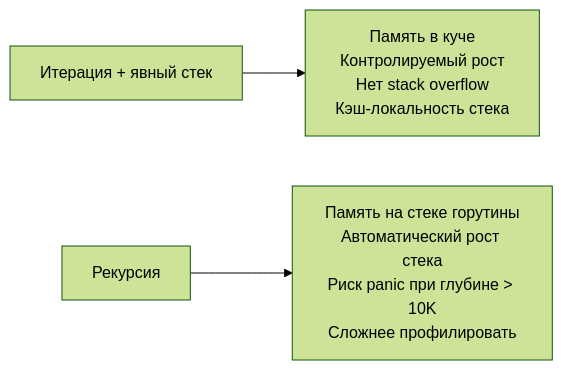
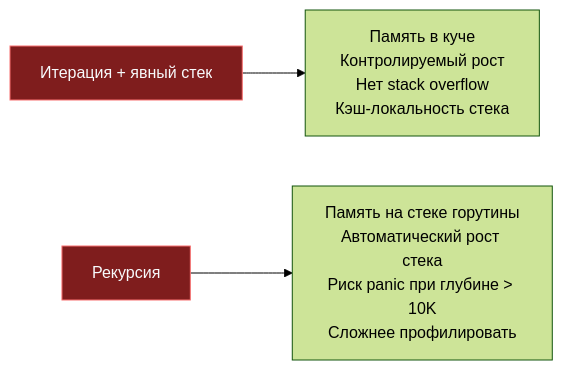
One commit to UnrealTemplier/go-textbook changed the second of 2 diagrams in sources/21. Задачи с LeetCode и собеседований на Go/02. Задачи/25. Строки/6. Decode String.md. Above: the diagram before and after it, drawn with Mermaid (forest theme). The commit also changed other lines of this file and 1666 other files, not shown here.

First line of the commit message:
feat(mermaid): add semantic color classDef to 1369 colorless flowchart/graph diagrams

````diff
--- a/sources/21. Задачи с LeetCode и собеседований на Go/02. Задачи/25. Строки/6. Decode String.md
+++ b/sources/21. Задачи с LeetCode и собеседований на Go/02. Задачи/25. Строки/6. Decode String.md
@@ -152,5 +162,15 @@
 ```mermaid
 flowchart LR
-    A["Итерация + явный стек"] --> B["Память в куче<br>Контролируемый рост<br>Нет stack overflow<br>Кэш-локальность стека"]
-    C["Рекурсия"] --> D["Память на стеке горутины<br>Автоматический рост стека<br>Риск panic при глубине > 10K<br>Сложнее профилировать"]
+    classDef process  fill:#1e293b,stroke:#38bdf8,stroke-width:1px,color:#f8fafc
+    classDef success  fill:#064e3b,stroke:#34d399,stroke-width:1px,color:#f8fafc
+    classDef error    fill:#7f1d1d,stroke:#f87171,stroke-width:1px,color:#f8fafc
+    classDef warning  fill:#78350f,stroke:#fbbf24,stroke-width:1px,color:#f8fafc
+    classDef entry    fill:#1e3a5f,stroke:#38bdf8,stroke-width:2px,color:#f8fafc
+    classDef aux      fill:#334155,stroke:#64748b,stroke-width:1px,color:#f8fafc
+    classDef system   fill:#312e81,stroke:#a78bfa,stroke-width:1px,color:#f8fafc
+    classDef data     fill:#132d29,stroke:#2dd4bf,stroke-width:1px,color:#f8fafc
+    classDef network  fill:#881337,stroke:#fb7185,stroke-width:1px,color:#f8fafc
+    classDef accent   fill:#1e1b4b,stroke:#818cf8,stroke-width:1px,color:#f8fafc
+    A["Итерация + явный стек"]:::error --> B["Память в куче<br>Контролируемый рост<br>Нет stack overflow<br>Кэш-локальность стека"]
+    C["Рекурсия"]:::error --> D["Память на стеке горутины<br>Автоматический рост стека<br>Риск panic при глубине > 10K<br>Сложнее профилировать"]
 ```
````
